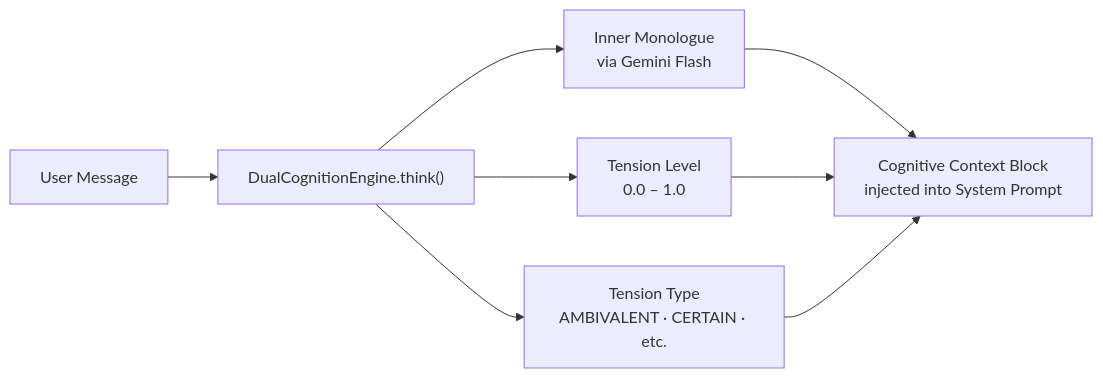
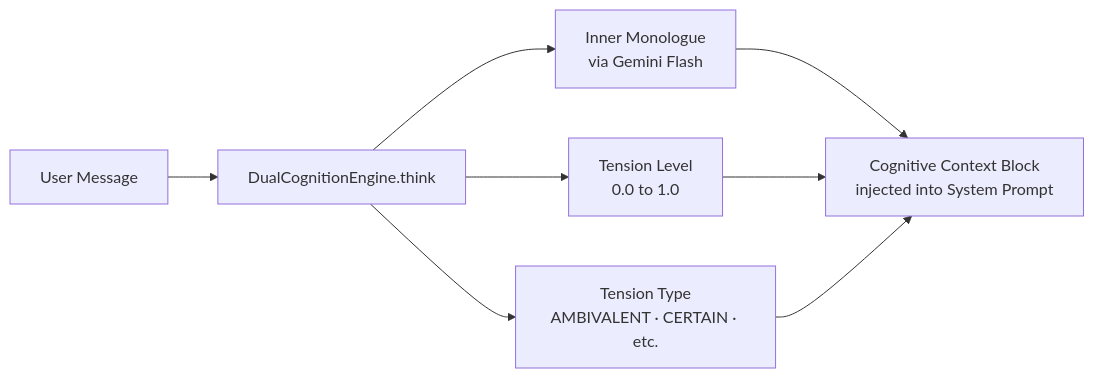
The fifth of 7 diagrams in ARCHITECTURE.md (UpayanGhosh/Synapse-OSS), drawn with Mermaid before and after one commit. The commit also changed other lines of this file and 1 other file, not shown here.

Commit message:
refactor: Update Mermaid diagram syntax and styling in architecture and readme files.

````diff
--- a/ARCHITECTURE.md
+++ b/ARCHITECTURE.md
@@ -253,8 +253,8 @@
 ```mermaid
 graph LR
-    UM[User Message] --> DC["DualCognitionEngine.think()"]
+    UM[User Message] --> DC[DualCognitionEngine.think]
     DC --> IM[Inner Monologue\nvia Gemini Flash]
-    DC --> TL[Tension Level\n0.0 – 1.0]
+    DC --> TL[Tension Level\n0.0 to 1.0]
     DC --> TT[Tension Type\nAMBIVALENT · CERTAIN · etc.]
     IM & TL & TT --> CC[Cognitive Context Block\ninjected into System Prompt]
 ```
````
